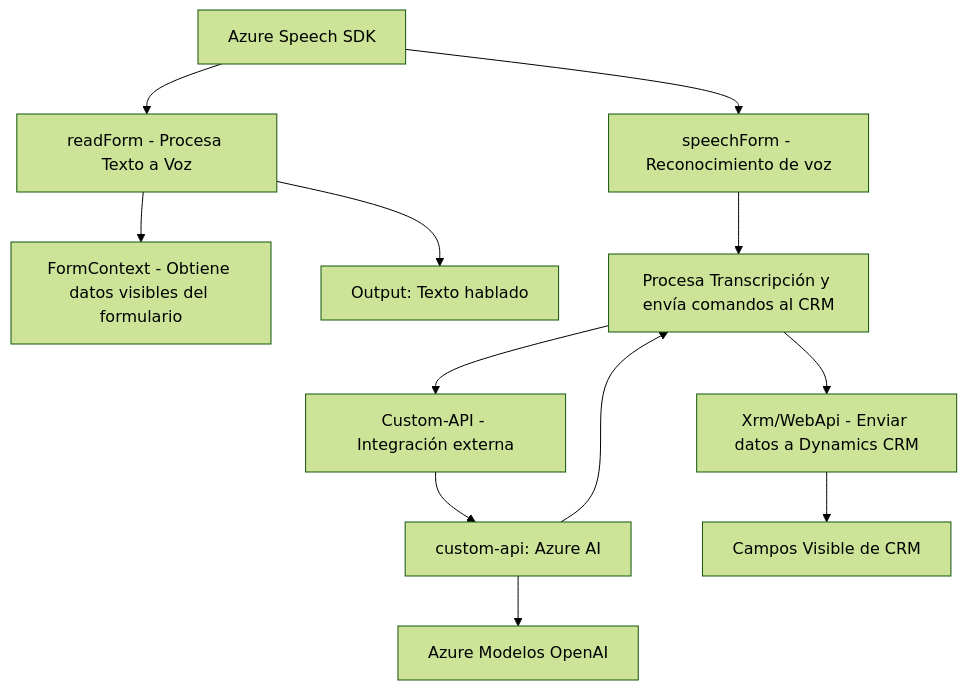
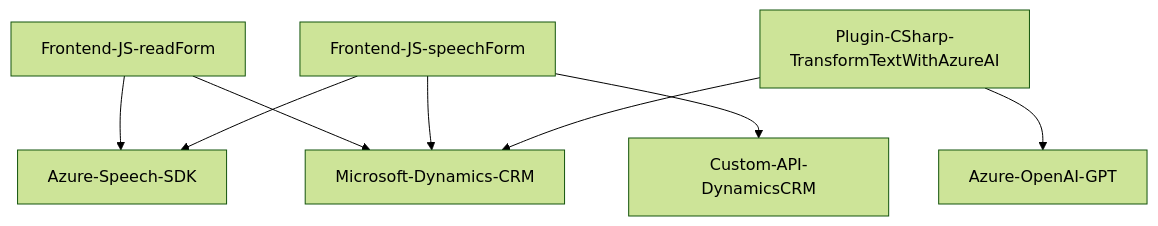
The diagram in README.md (blopezdm/NETCORE_BILBAO2025), drawn with Mermaid (forest theme) before and after one commit. The commit also changed other lines of this file, not shown here.

````diff
--- a/README.md
+++ b/README.md
@@ -35,14 +36,18 @@
 ```mermaid
 graph TD
-    A["Azure Speech SDK"] --> B["readForm - Procesa Texto a Voz"]
-    B --> C["FormContext - Obtiene datos visibles del formulario"]
-    A --> D["speechForm - Reconocimiento de voz"]
-    B --> E["Output: Texto hablado"]
-    D --> F["Procesa Transcripción y envía comandos al CRM"]
-    F --> G["Xrm/WebApi - Enviar datos a Dynamics CRM"]
-    F --> H["Custom-API - Integración externa"]
-    H --> I["custom-api: Azure AI"]
-    G --> J["Campos Visible de CRM"]
-    I --> F
-    I --> K["Azure Modelos OpenAI"]
+    A["Frontend-JS-readForm"]
+    B["Frontend-JS-speechForm"]
+    C["Plugin-CSharp-TransformTextWithAzureAI"]
+    D["Microsoft-Dynamics-CRM"]
+    E["Azure-Speech-SDK"]
+    F["Azure-OpenAI-GPT"]
+    G["Custom-API-DynamicsCRM"]
+
+    A-->E
+    A-->D
+    B-->E
+    B-->D
+    B-->G
+    C-->D
+    C-->F
 ```
````
